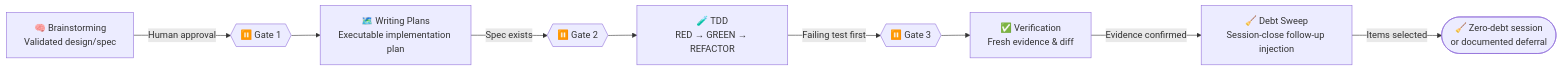
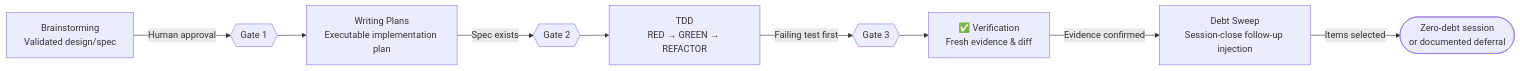
One commit to belajarcarabelajar/vivera changed the diagram in Super Ultra Code Plan Implementation.md. Above: the diagram before and after it, drawn with Mermaid. The commit also changed other lines of this file and 46 other files, not shown here.

````diff
--- a/Super Ultra Code Plan Implementation.md
+++ b/Super Ultra Code Plan Implementation.md
@@ -87,14 +87,14 @@
 ```mermaid
 flowchart LR
     accTitle: Four skill components and their approval gates
     accDescr: Brainstorming, writing plans, test-driven development, and verification, joined by numbered human approval gates, with a session-close debt sweep after verification.
-    B["🧠 Brainstorming\nValidated design/spec"]
-    B -->|"Human approval"| G1{{"⏸️ Gate 1"}}
-    G1 --> P["🗺️ Writing Plans\nExecutable implementation plan"]
-    P -->|"Spec exists"| G2{{"⏸️ Gate 2"}}
-    G2 --> T["🧪 TDD\nRED → GREEN → REFACTOR"]
-    T -->|"Failing test first"| G3{{"⏸️ Gate 3"}}
+    B["Brainstorming\nValidated design/spec"]
+    B -->|"Human approval"| G1{{"Gate 1"}}
+    G1 --> P["Writing Plans\nExecutable implementation plan"]
+    P -->|"Spec exists"| G2{{"Gate 2"}}
+    G2 --> T["TDD\nRED → GREEN → REFACTOR"]
+    T -->|"Failing test first"| G3{{"Gate 3"}}
     G3 --> V["✅ Verification\nFresh evidence & diff"]
-    V -->|"Evidence confirmed"| S["🧹 Debt Sweep\nSession-close follow-up injection"]
-    S -->|"Items selected"| Sweep(["🧹 Zero-debt session\nor documented deferral"])
+    V -->|"Evidence confirmed"| S["Debt Sweep\nSession-close follow-up injection"]
+    S -->|"Items selected"| Sweep(["Zero-debt session\nor documented deferral"])
 ```
````
